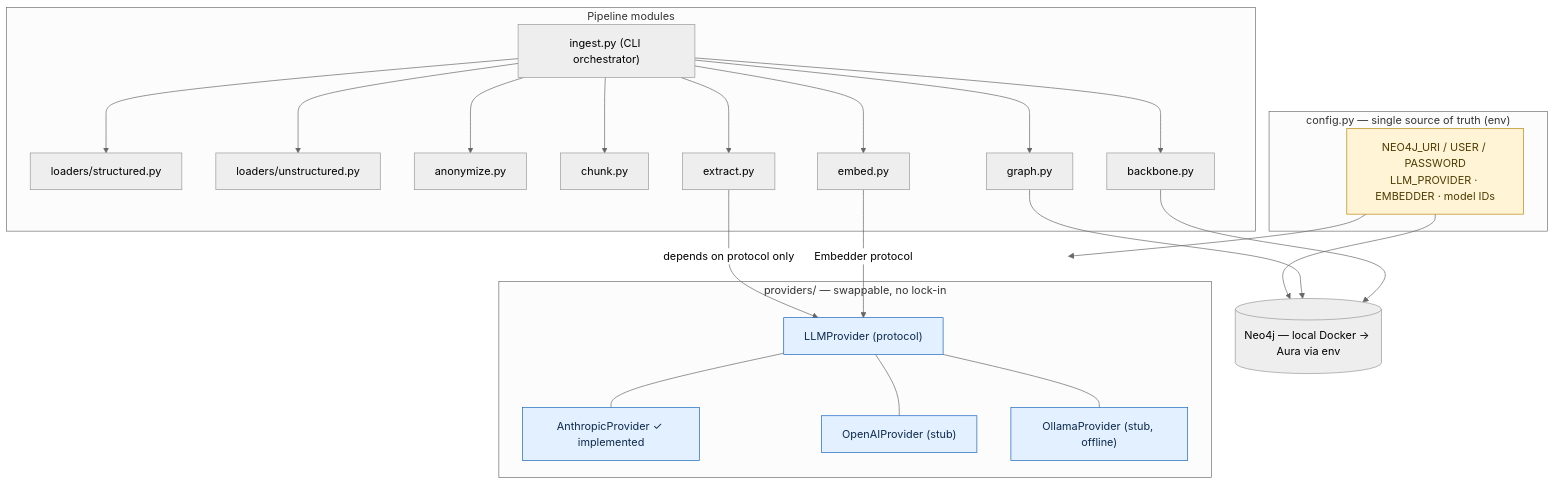
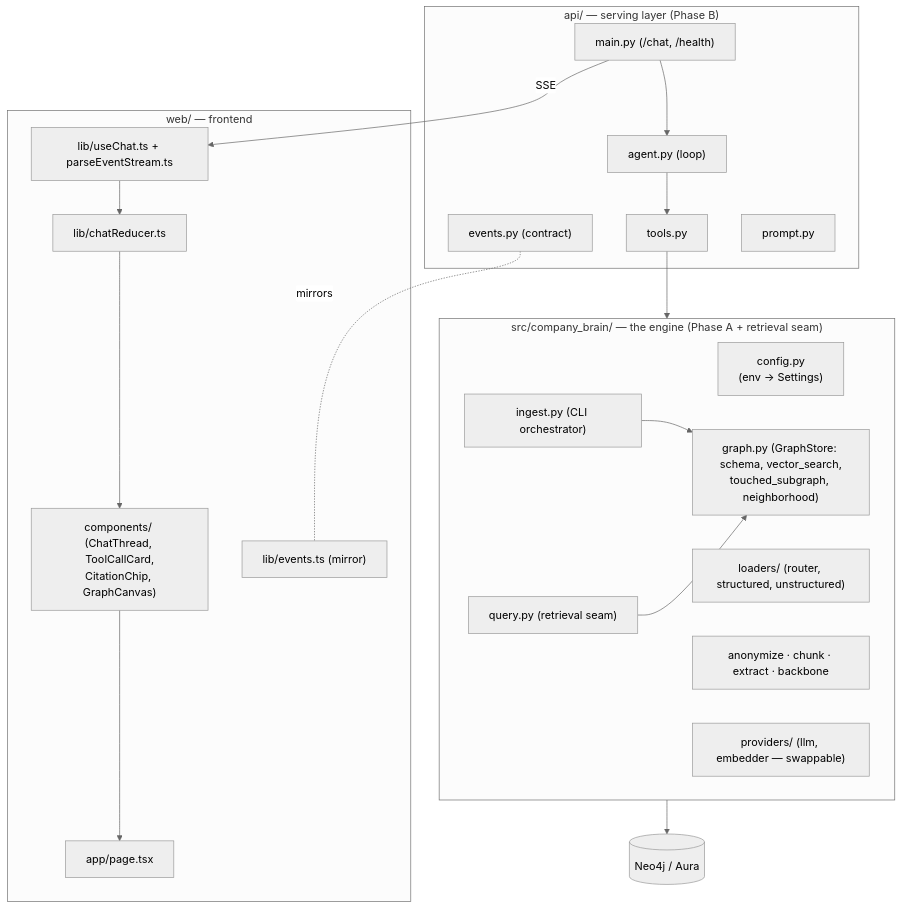
One commit to sidcommits/hackathon-ideation-kg changed the eighth of 8 diagrams in planning/architecture.md. Above: the diagram before and after it, drawn with Mermaid (neutral theme). The commit also changed other lines of this file, not shown here.

First line of the commit message:
docs(architecture): expand to full-system architecture + illustration (8 Mermaid diagrams)

````diff
--- a/planning/architecture.md
+++ b/planning/architecture.md
@@ -100,43 +301,39 @@
 ```mermaid
-flowchart TD
-    subgraph CFG_BOX["config.py — single source of truth (env)"]
-      CFG["NEO4J_URI / USER / PASSWORD<br/>LLM_PROVIDER · EMBEDDER · model IDs"]
+flowchart TB
+    subgraph ENGINE["src/company_brain/ — the engine (Phase A + retrieval seam)"]
+      direction LR
+      CFG["config.py<br/>(env → Settings)"]
+      LD["loaders/ (router, structured, unstructured)"]
+      PIPE["anonymize · chunk · extract · backbone"]
+      GR2["graph.py (GraphStore: schema, vector_search,<br/>touched_subgraph, neighborhood)"]
+      QRY["query.py (retrieval seam)"]
+      PROV["providers/ (llm, embedder — swappable)"]
+      ING["ingest.py (CLI orchestrator)"]
     end
 
-    subgraph PIPE["Pipeline modules"]
-      LD1["loaders/structured.py"]
-      LD2["loaders/unstructured.py"]
-      AN["anonymize.py"]
-      CH["chunk.py"]
-      EM["embed.py"]
-      BB["backbone.py"]
-      EX["extract.py"]
-      GR["graph.py"]
-      ORCH["ingest.py (CLI orchestrator)"]
+    subgraph APIBOX["api/ — serving layer (Phase B)"]
+      EV["events.py (contract)"]
+      TL["tools.py"]
+      AG["agent.py (loop)"]
+      PR["prompt.py"]
+      MN["main.py (/chat, /health)"]
     end
 
-    subgraph PROV["providers/ — swappable, no lock-in"]
-      LLMP["LLMProvider (protocol)"]
-      ANT["AnthropicProvider ✓ implemented"]
-      OAI["OpenAIProvider (stub)"]
-      OLL["OllamaProvider (stub, offline)"]
-      LLMP --- ANT
-      LLMP --- OAI
-      LLMP --- OLL
+    subgraph WEBBOX["web/ — frontend"]
+      EVT["lib/events.ts (mirror)"]
+      REDU["lib/chatReducer.ts"]
+      HOOK["lib/useChat.ts + parseEventStream.ts"]
+      CMP["components/ (ChatThread, ToolCallCard,<br/>CitationChip, GraphCanvas)"]
+      PG["app/page.tsx"]
     end
 
-    NEO[("Neo4j — local Docker → Aura via env")]
-
-    CFG --> PROV
-    CFG --> NEO
-    EX -->|"depends on protocol only"| LLMP
-    EM -->|"Embedder protocol"| LLMP
-    GR --> NEO
-    BB --> NEO
-    ORCH --> LD1 & LD2 & AN & CH & EM & BB & EX & GR
-
-    classDef cfg fill:#fff4d6,stroke:#b8860b,color:#4d3b00;
-    classDef prov fill:#e3f0ff,stroke:#1565c0,color:#0d2a4d;
-    class CFG cfg;
-    class LLMP,ANT,OAI,OLL prov;
+    NEO[("Neo4j / Aura")]
+    ING --> GR2
+    QRY --> GR2
+    GR2 --> NEO
+    TL --> QRY
+    AG --> TL
+    MN --> AG
+    MN -->|SSE| HOOK --> REDU --> CMP --> PG
+    EV -. mirrors .- EVT
 ```
````
